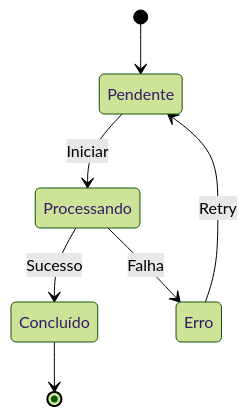
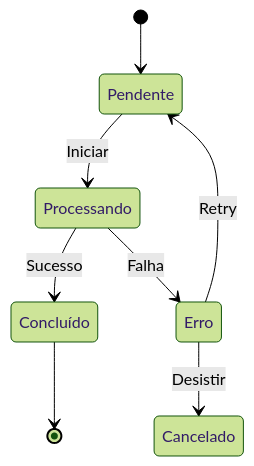
The fourth of 14 diagrams in Skills/mermaid-diagrams/SKILL.md (aajunior43/workspace-backup), drawn with Mermaid (forest theme) before and after one commit. The commit also changed other lines of this file and 5 other files, not shown here.

````diff
--- a/Skills/mermaid-diagrams/SKILL.md
+++ b/Skills/mermaid-diagrams/SKILL.md
@@ -87,9 +109,10 @@
 ```mermaid
 stateDiagram-v2
     [*] --> Pendente
     Pendente --> Processando: Iniciar
     Processando --> Concluído: Sucesso
     Processando --> Erro: Falha
     Concluído --> [*]
     Erro --> Pendente: Retry
+    Erro --> Cancelado: Desistir
 ```
````
